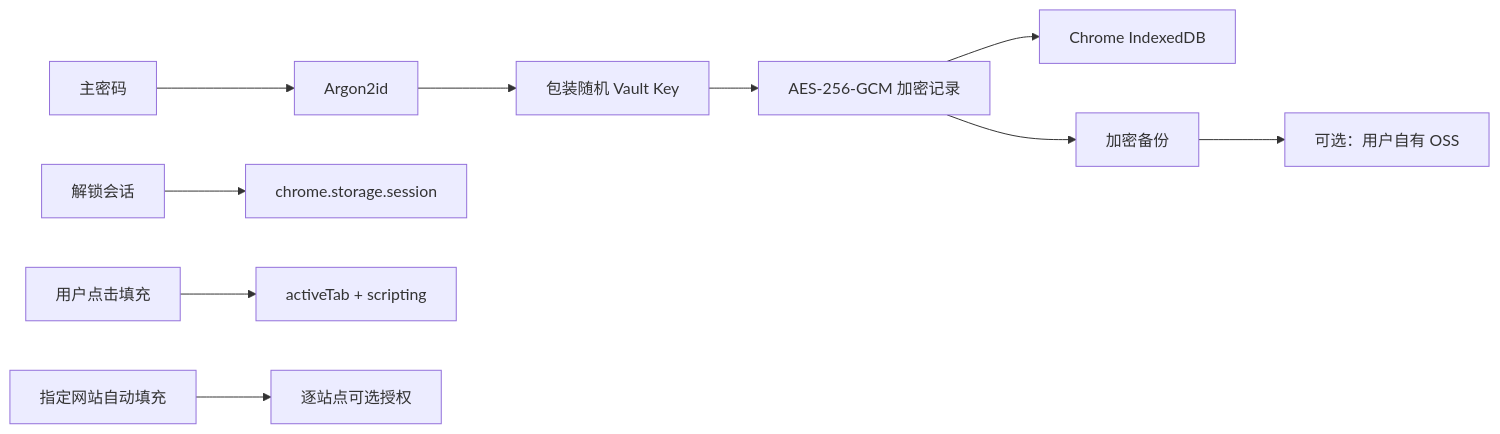
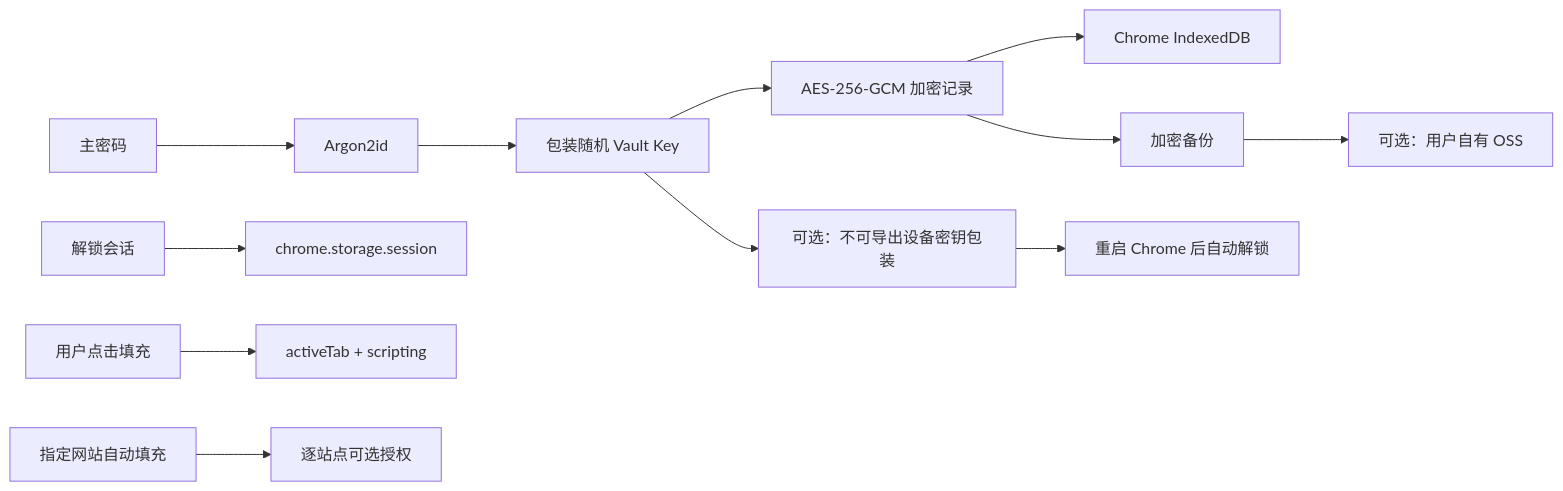
One commit to DIYVM/DIYVM-local-passkey changed the diagram in README.md. Above: the diagram before and after it, drawn with Mermaid. The commit also changed other lines of this file and 20 other files, not shown here.

````diff
--- a/README.md
+++ b/README.md
@@ -48,12 +50,14 @@
 ```mermaid
 flowchart LR
     A["主密码"] --> B["Argon2id"]
     B --> C["包装随机 Vault Key"]
     C --> D["AES-256-GCM 加密记录"]
     D --> E["Chrome IndexedDB"]
     F["解锁会话"] --> G["chrome.storage.session"]
+    C --> N["可选：不可导出设备密钥包装"]
+    N --> O["重启 Chrome 后自动解锁"]
     H["用户点击填充"] --> I["activeTab + scripting"]
     J["指定网站自动填充"] --> K["逐站点可选授权"]
     D --> L["加密备份"]
     L --> M["可选：用户自有 OSS"]
 ```
````
